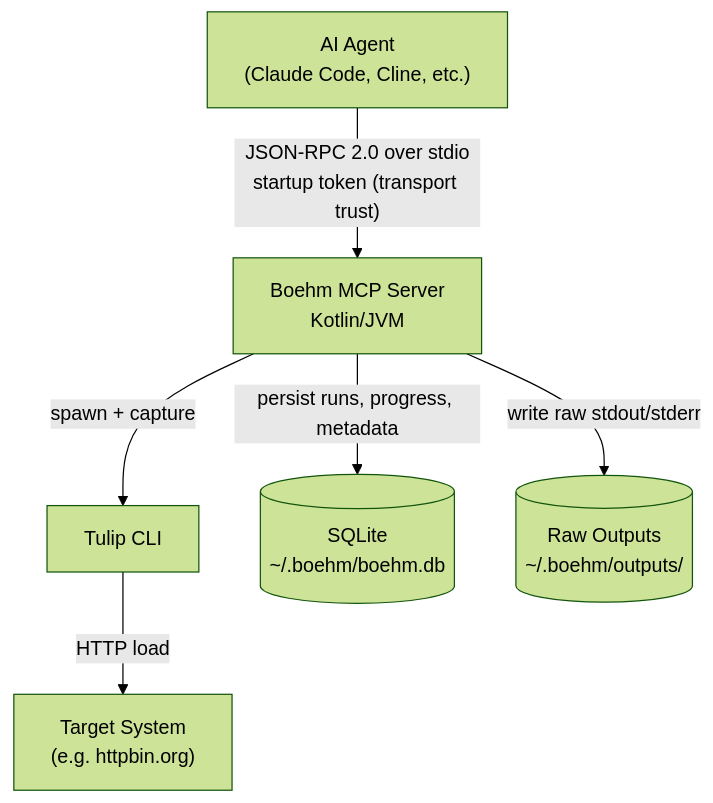
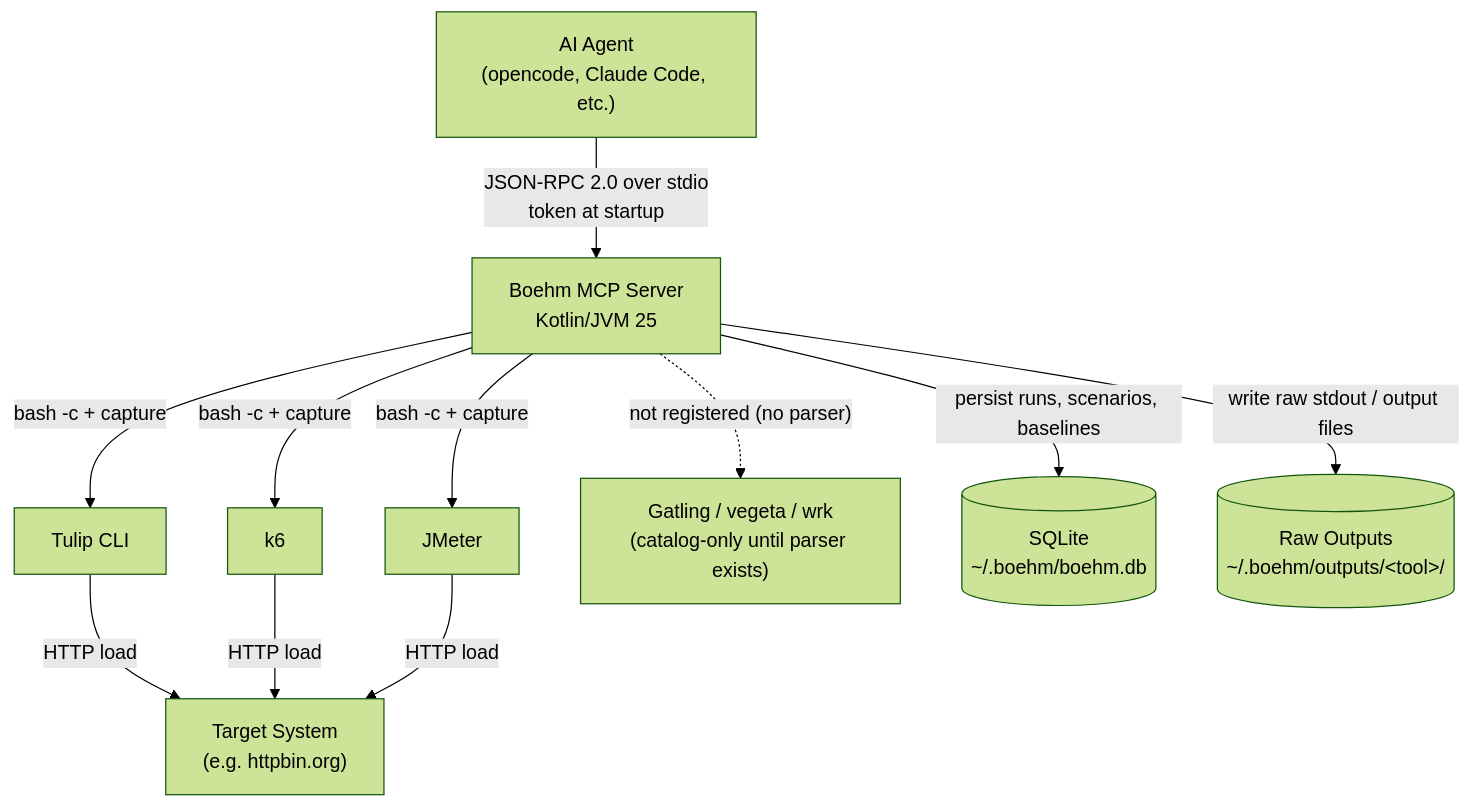
The first of 6 diagrams in docs/architecture.md (bmvanwyk/Boehm), drawn with Mermaid (forest theme) before and after one commit. The commit also changed other lines of this file and 10 other files, not shown here.

First line of the commit message:
docs: rewrite architecture/README for current codebase, remove stale specs/plans

````diff
--- a/docs/architecture.md
+++ b/docs/architecture.md
@@ -18,15 +7,23 @@
 ```mermaid
 graph TB
-    Agent["AI Agent<br/>(Claude Code, Cline, etc.)"]
-    Boehm["Boehm MCP Server<br/>Kotlin/JVM"]
+    Agent["AI Agent<br/>(opencode, Claude Code, etc.)"]
+    Boehm["Boehm MCP Server<br/>Kotlin/JVM 25"]
     Tulip["Tulip CLI"]
+    K6["k6"]
+    JMeter["JMeter"]
+    Other["Gatling / vegeta / wrk<br/>(catalog-only until parser exists)"]
     Target["Target System<br/>(e.g. httpbin.org)"]
     SQLite[(SQLite<br/>~/.boehm/boehm.db)]
-    OutputDir[(Raw Outputs<br/>~/.boehm/outputs/)]
+    OutputDir[(Raw Outputs<br/>~/.boehm/outputs/&lt;tool&gt;/)]
 
-    Agent -- "JSON-RPC 2.0 over stdio<br/>startup token (transport trust)" --> Boehm
-    Boehm -- "spawn + capture" --> Tulip
+    Agent -- "JSON-RPC 2.0 over stdio<br/>token at startup" --> Boehm
+    Boehm -- "bash -c + capture" --> Tulip
+    Boehm -- "bash -c + capture" --> K6
+    Boehm -- "bash -c + capture" --> JMeter
+    Boehm -. "not registered (no parser)" .-> Other
     Tulip -- "HTTP load" --> Target
-    Boehm -- "persist runs, progress, metadata" --> SQLite
-    Boehm -- "write raw stdout/stderr" --> OutputDir
+    K6 -- "HTTP load" --> Target
+    JMeter -- "HTTP load" --> Target
+    Boehm -- "persist runs, scenarios, baselines" --> SQLite
+    Boehm -- "write raw stdout / output files" --> OutputDir
 ```
````
